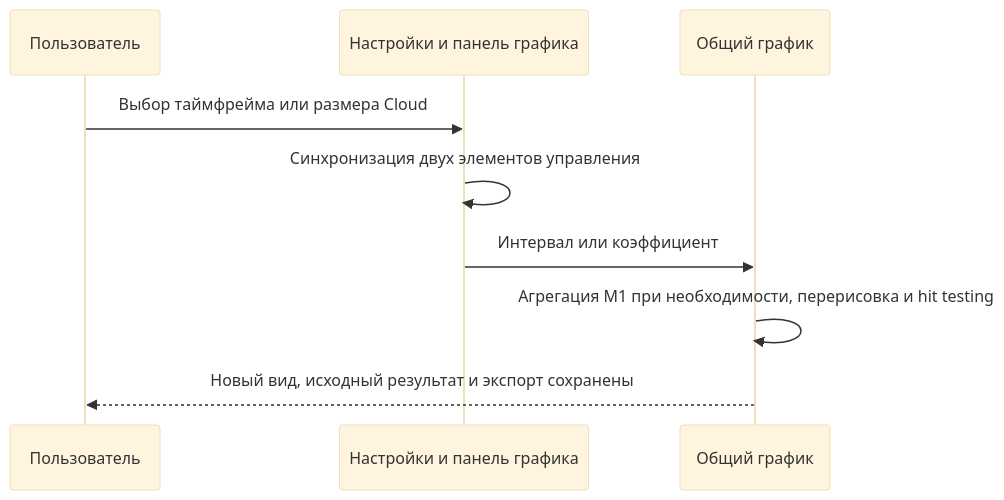
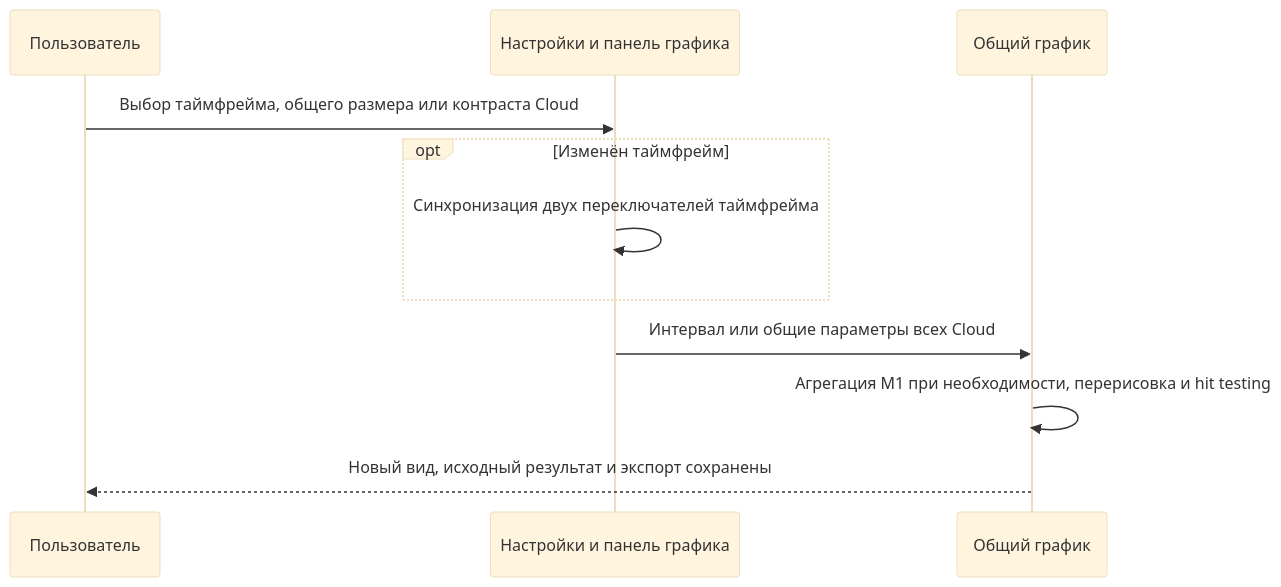
The first of 6 diagrams in project/Documentation/OrderFlow/RESEARCH_MVP_RUNBOOK.md (2Rukin/OsEngine), drawn with Mermaid (base theme) before and after one commit. The commit also changed other lines of this file and 20 other files, not shown here.

Commit message:
fix(order-flow): share appearance controls across all cloud layers

````diff
--- a/project/Documentation/OrderFlow/RESEARCH_MVP_RUNBOOK.md
+++ b/project/Documentation/OrderFlow/RESEARCH_MVP_RUNBOOK.md
@@ -179,11 +179,13 @@
 ```mermaid
 sequenceDiagram
     participant User as Пользователь
     participant Controls as Настройки и панель графика
     participant Chart as Общий график
-    User->>Controls: Выбор таймфрейма или размера Cloud
-    Controls->>Controls: Синхронизация двух элементов управления
-    Controls->>Chart: Интервал или коэффициент
+    User->>Controls: Выбор таймфрейма, общего размера или контраста Cloud
+    opt Изменён таймфрейм
+        Controls->>Controls: Синхронизация двух переключателей таймфрейма
+    end
+    Controls->>Chart: Интервал или общие параметры всех Cloud
     Chart->>Chart: Агрегация M1 при необходимости, перерисовка и hit testing
     Chart-->>User: Новый вид, исходный результат и экспорт сохранены
 ```
````
